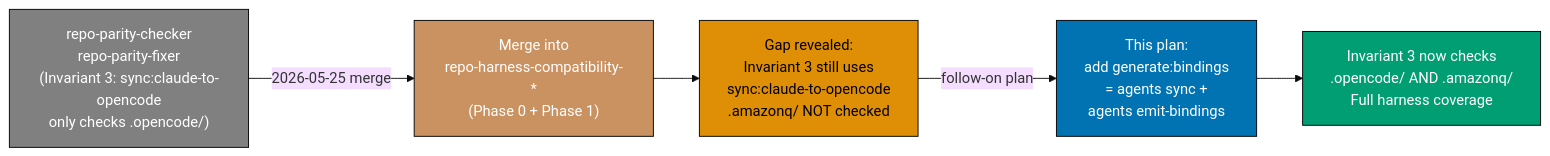
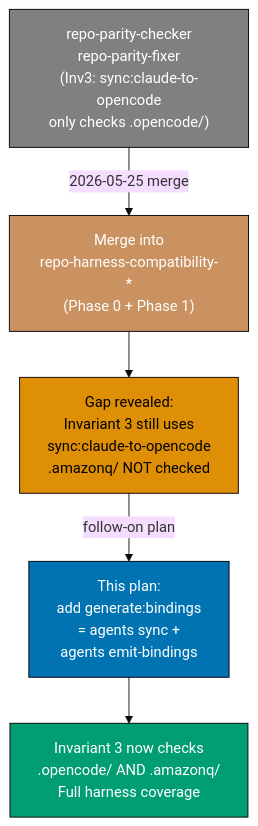
One commit to wahidyankf/baseerah changed the second of 3 diagrams in plans/done/2026-05-25__harness-vendor-neutrality-blueprint/README.md. Above: the diagram before and after it, drawn with Mermaid (base theme). The commit also changed other lines of this file and 11 other files, not shown here.

First line of the commit message:
docs: fix over-wide and over-long mermaid diagrams repo-wide (D-CLEAN)

````diff
--- a/plans/done/2026-05-25__harness-vendor-neutrality-blueprint/README.md
+++ b/plans/done/2026-05-25__harness-vendor-neutrality-blueprint/README.md
@@ -336,19 +336,19 @@
 ```mermaid
-flowchart LR
-    A["repo-parity-checker\nrepo-parity-fixer\n(Invariant 3: sync:claude-to-opencode\nonly checks .opencode/)"]
+flowchart TD
+    A["repo-parity-checker\nrepo-parity-fixer\n(Inv3: sync:claude-to-opencode\nonly checks .opencode/)"]
     B["Merge into\nrepo-harness-compatibility-*\n(Phase 0 + Phase 1)"]
     C["Gap revealed:\nInvariant 3 still uses\nsync:claude-to-opencode\n.amazonq/ NOT checked"]
     D["This plan:\nadd generate:bindings\n= agents sync +\nagents emit-bindings"]
     E["Invariant 3 now checks\n.opencode/ AND .amazonq/\nFull harness coverage"]
 
     A -->|"2026-05-25 merge"| B
     B --> C
     C -->|"follow-on plan"| D
     D --> E
 
     style A fill:#808080,stroke:#000000,color:#FFFFFF
     style B fill:#CA9161,stroke:#000000,color:#FFFFFF
     style C fill:#DE8F05,stroke:#000000,color:#000000
     style D fill:#0173B2,stroke:#000000,color:#FFFFFF
     style E fill:#029E73,stroke:#000000,color:#FFFFFF
 ```
````
